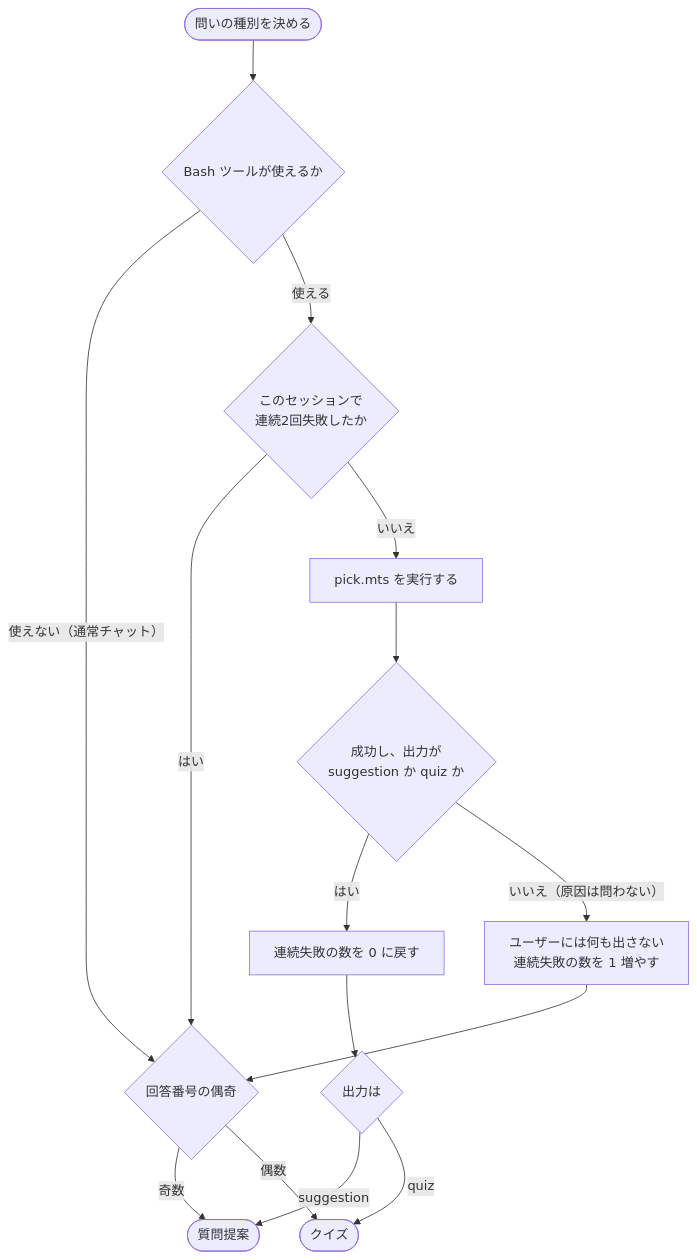
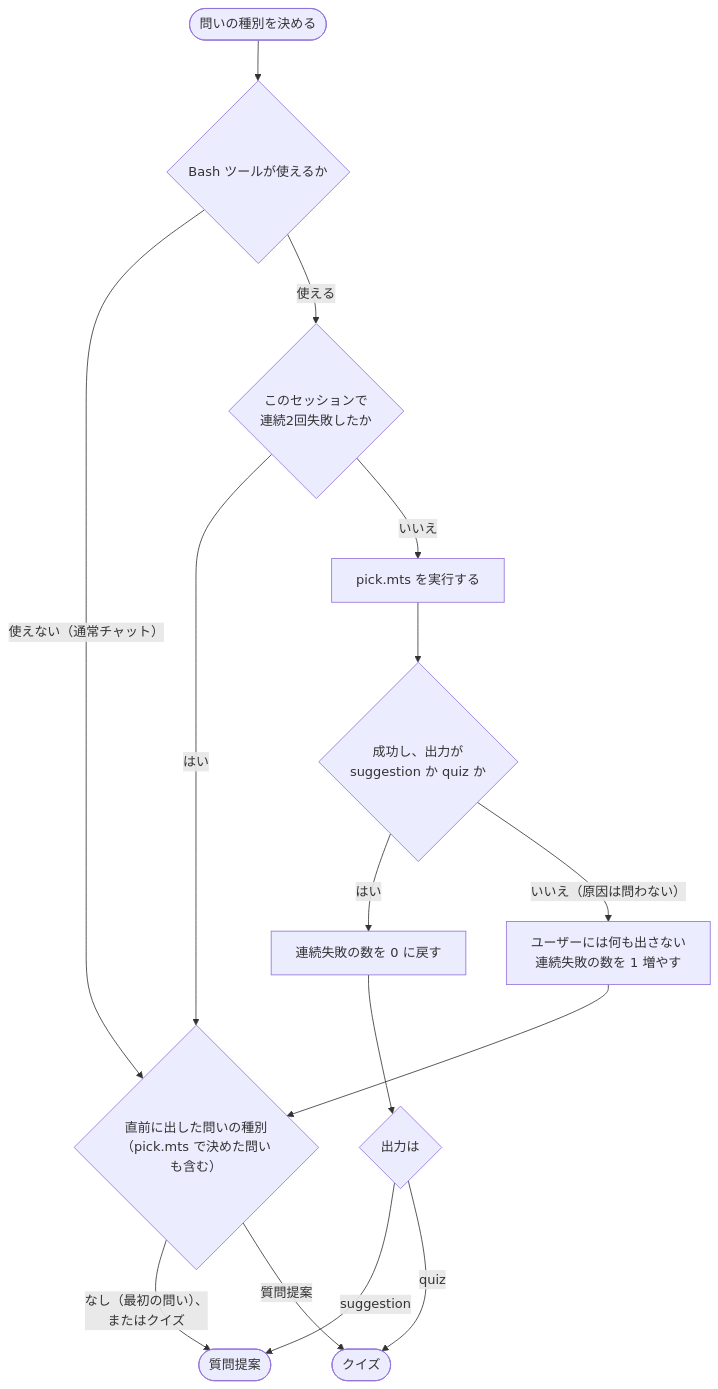
Before and after one commit to kokuto821/rikai: the second of 3 diagrams in skills/rikai/SKILL.md, drawn with Mermaid. The commit also changed other lines of this file, not shown here.

````diff
--- a/skills/rikai/SKILL.md
+++ b/skills/rikai/SKILL.md
@@ -87,17 +93,17 @@
 ```mermaid
 flowchart TD
     Start(["問いの種別を決める"]) --> HasBash{"Bash ツールが使えるか"}
-    HasBash -- "使えない（通常チャット）" --> Parity
+    HasBash -- "使えない（通常チャット）" --> Opposite
     HasBash -- "使える" --> Stopped{"このセッションで<br/>連続2回失敗したか"}
-    Stopped -- "はい" --> Parity
+    Stopped -- "はい" --> Opposite
     Stopped -- "いいえ" --> Run["pick.mts を実行する"]
     Run --> Valid{"成功し、出力が<br/>suggestion か quiz か"}
     Valid -- "はい" --> Reset["連続失敗の数を 0 に戻す"]
     Reset --> Result{"出力は"}
     Result -- "suggestion" --> Suggest(["質問提案"])
     Result -- "quiz" --> Quiz(["クイズ"])
     Valid -- "いいえ（原因は問わない）" --> Count["ユーザーには何も出さない<br/>連続失敗の数を 1 増やす"]
-    Count --> Parity{"回答番号の偶奇"}
-    Parity -- "奇数" --> Suggest
-    Parity -- "偶数" --> Quiz
+    Count --> Opposite{"直前に出した問いの種別<br/>（pick.mts で決めた問いも含む）"}
+    Opposite -- "なし（最初の問い）、<br/>またはクイズ" --> Suggest
+    Opposite -- "質問提案" --> Quiz
 ```
````
